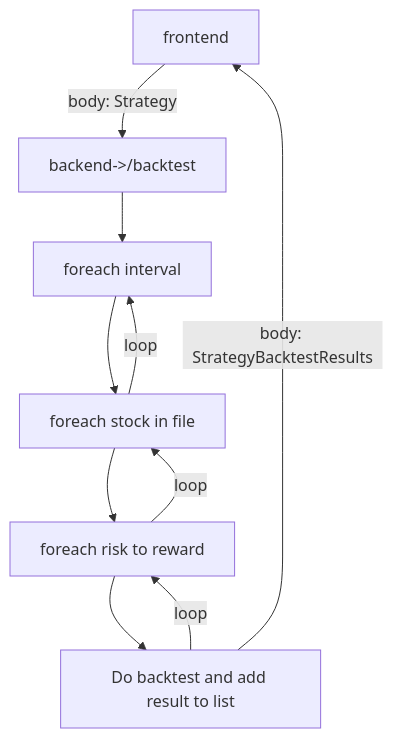
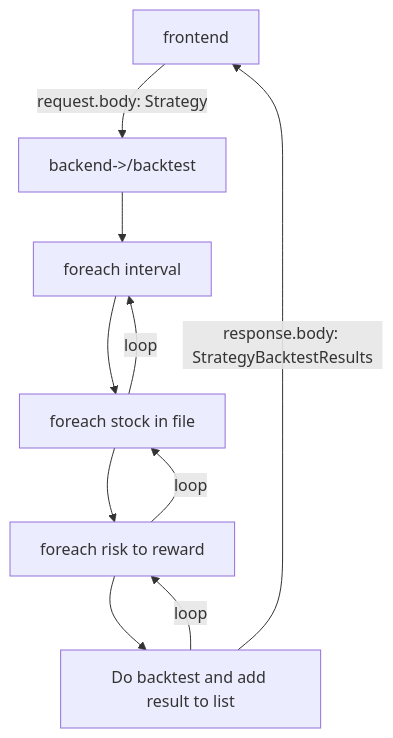
One commit to valentinoromansi/stock-strategy-backtester-backend changed the diagram in README.md. Above: the diagram before and after it, drawn with Mermaid. The commit also changed other lines of this file and 4 other files, not shown here.

````diff
--- a/README.md
+++ b/README.md
@@ -13,13 +13,13 @@
 ```mermaid
 graph TD
-   A[frontend] --> |body: Strategy| B
+   A[frontend] --> |request.body: Strategy| B
    B[backend->/backtest]-->D[foreach interval]
    D-->F[foreach stock in file]
    F-->G[foreach risk to reward]
    G-->H[Do backtest and add result to list]
    H-->|loop|G
    G-->|loop|F
    F-->|loop|D
-   H-->|body: StrategyBacktestResults|A[frontend]
+   H-->|response.body: StrategyBacktestResults|A[frontend]
 
 ```
````
